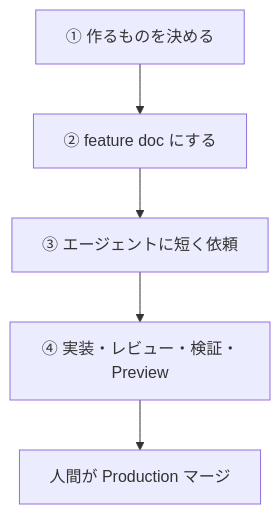
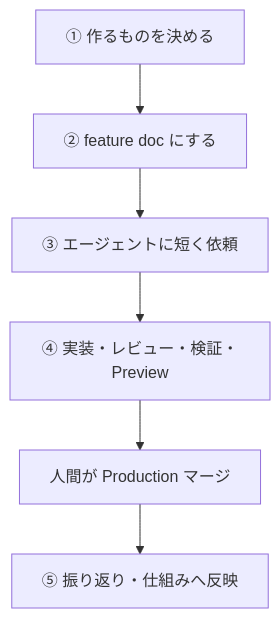
Before and after one commit to ike-gagagami97/my-recipe: the diagram in docs/development/workflow.md, drawn with Mermaid. The commit also changed other lines of this file and 9 other files, not shown here.

````diff
--- a/docs/development/workflow.md
+++ b/docs/development/workflow.md
@@ -15,7 +16,8 @@
 ```mermaid
 flowchart TD
   S1[① 作るものを決める] --> S2[② feature doc にする]
   S2 --> S3[③ エージェントに短く依頼]
   S3 --> S4[④ 実装・レビュー・検証・Preview]
   S4 --> S5[人間が Production マージ]
+  S5 --> S6[⑤ 振り返り・仕組みへ反映]
 ```
````
